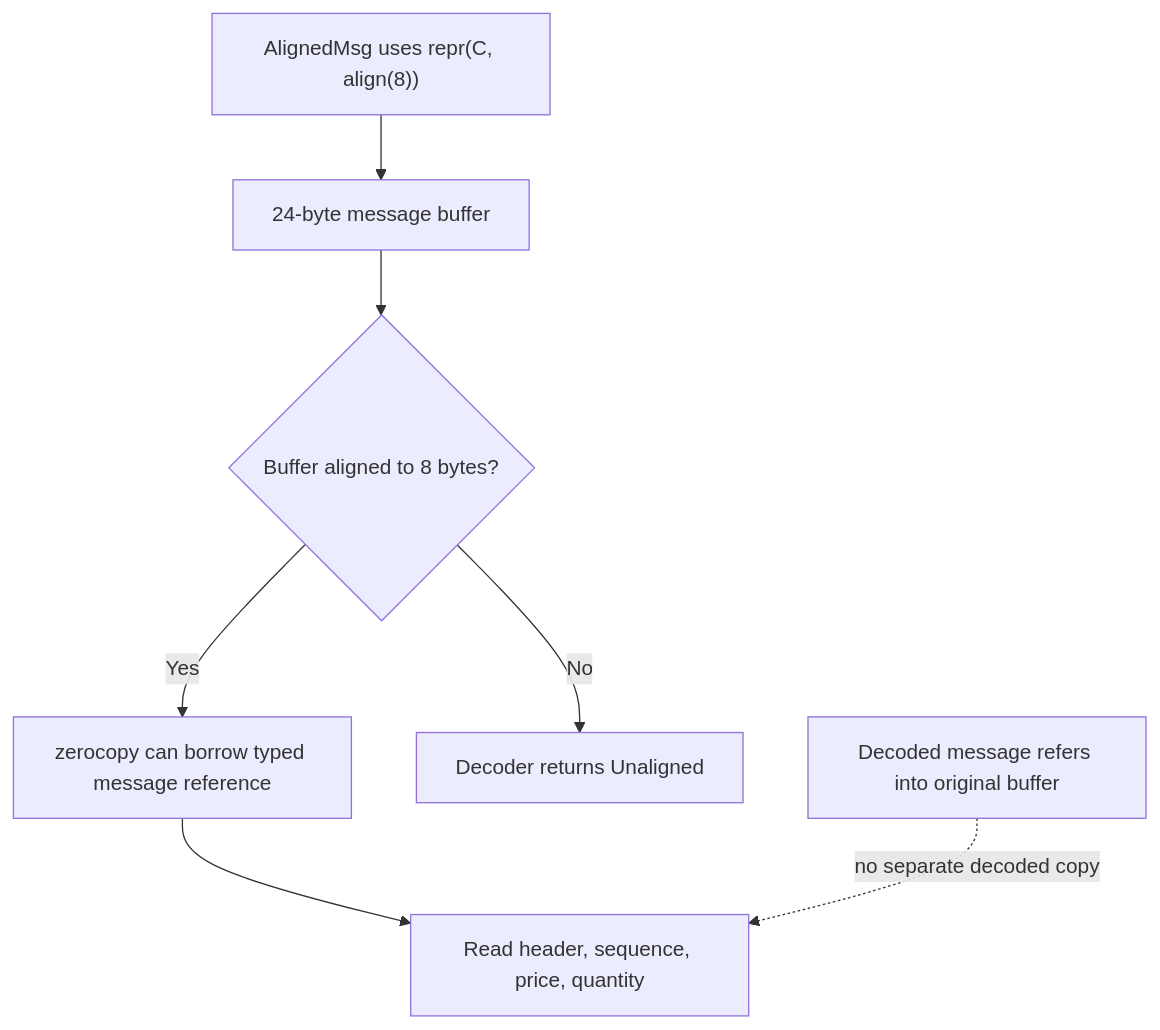
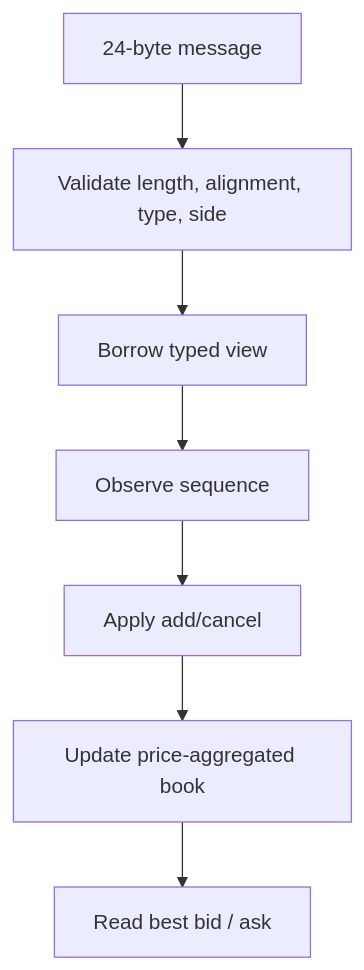
One commit to Ghaith8Bit/simple-hft-engine changed the second of 3 diagrams in docs/visual-guide.md. Above: the diagram before and after it, drawn with Mermaid. The commit also changed other lines of this file and 27 other files, not shown here.

````diff
--- a/docs/visual-guide.md
+++ b/docs/visual-guide.md
@@ -151,9 +22,9 @@
 ```mermaid
-flowchart TB
-    A["24-byte message buffer"] --> B{"Buffer aligned to 8 bytes?"}
-    B -->|"Yes"| C["zerocopy can borrow typed message reference"]
-    B -->|"No"| D["Decoder returns Unaligned"]
-    C --> E["Read header, sequence, price, quantity"]
-    F["AlignedMsg uses repr(C, align(8))"] --> A
-    G["Decoded message refers into original buffer"] -. "no separate decoded copy" .-> E
+flowchart TD
+    Bytes["24-byte message"] --> Validate["Validate length, alignment, type, side"]
+    Validate --> Borrow["Borrow typed view"]
+    Borrow --> Seq["Observe sequence"]
+    Seq --> Apply["Apply add/cancel"]
+    Apply --> Book["Update price-aggregated book"]
+    Book --> Quote["Read best bid / ask"]
 ```
````
